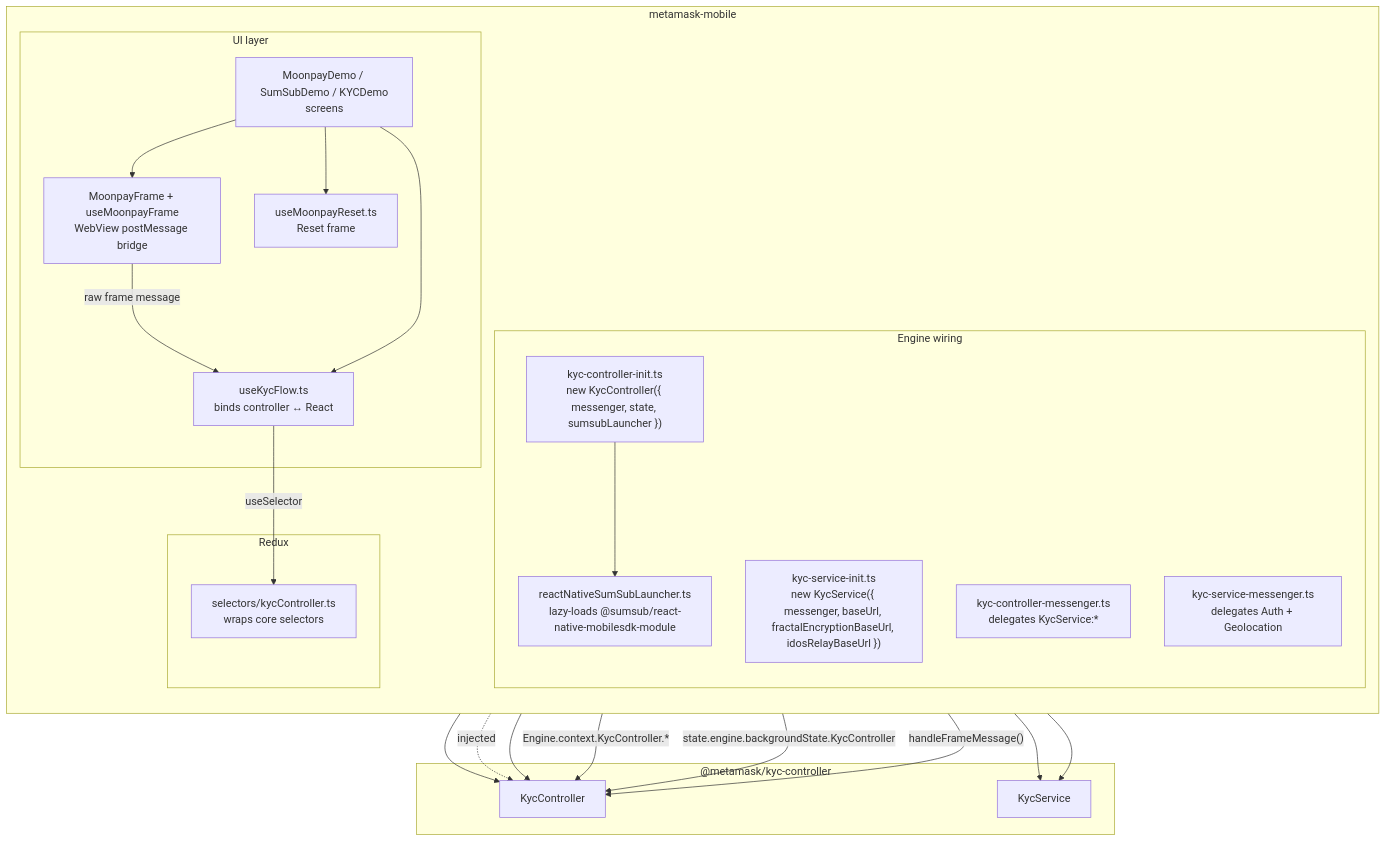
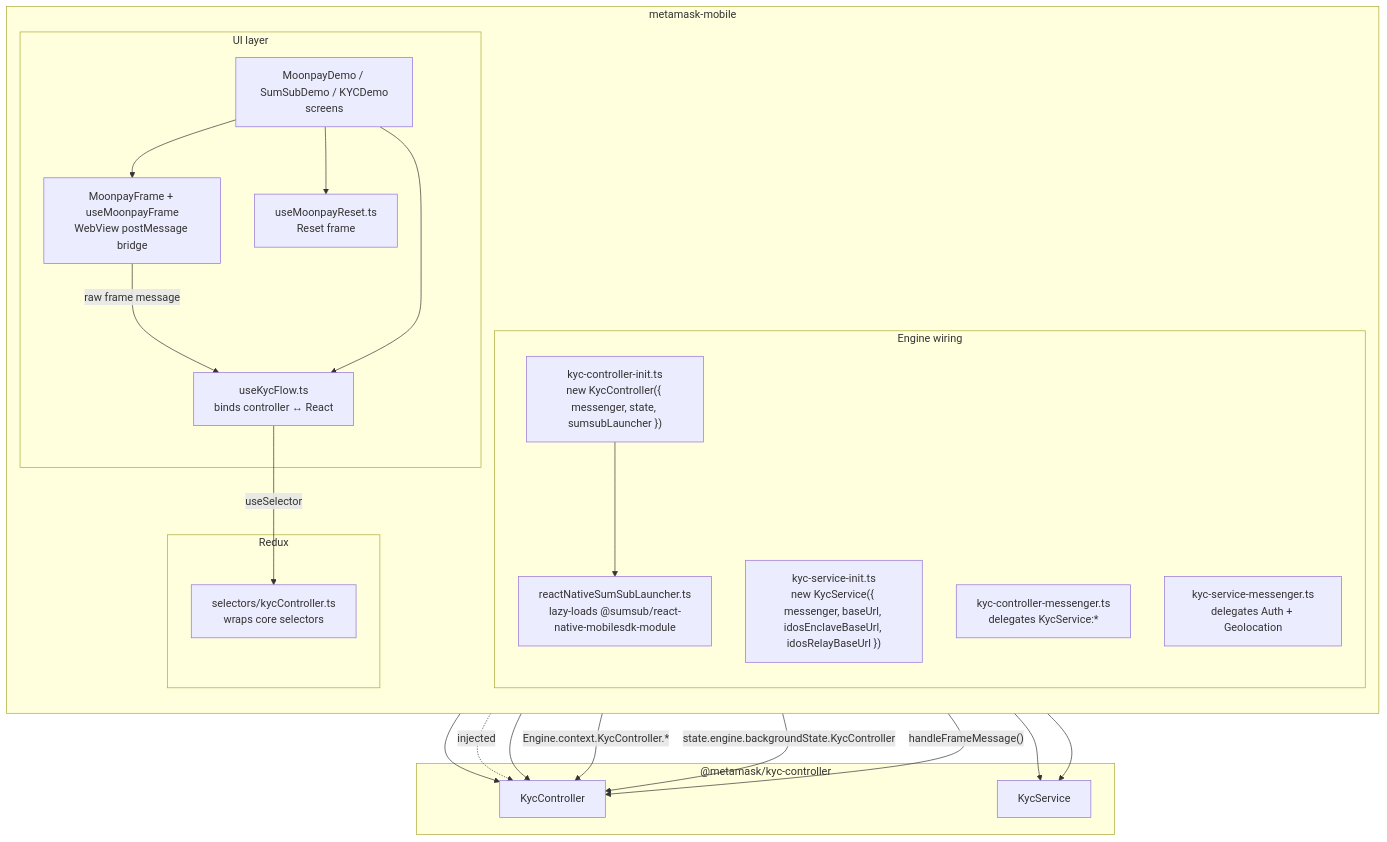
One commit to MetaMask/core changed the ninth of 10 diagrams in packages/kyc-controller/ARCHITECTURE.md. Above: the diagram before and after it, drawn with Mermaid. The commit also changed other lines of this file and 10 other files, not shown here.

First line of the commit message:
refactor(kyc-controller): rename Fractal encryption JWKS to idOS enclave

````diff
--- a/packages/kyc-controller/ARCHITECTURE.md
+++ b/packages/kyc-controller/ARCHITECTURE.md
@@ -554,43 +554,43 @@
 ```mermaid
 graph TB
     subgraph app["metamask-mobile"]
         direction TB
         subgraph engine["Engine wiring"]
             CInit["kyc-controller-init.ts<br/>new KycController({ messenger, state, sumsubLauncher })"]
-            SInit["kyc-service-init.ts<br/>new KycService({ messenger, baseUrl, fractalEncryptionBaseUrl, idosRelayBaseUrl })"]
+            SInit["kyc-service-init.ts<br/>new KycService({ messenger, baseUrl, idosEnclaveBaseUrl, idosRelayBaseUrl })"]
             CMsgr["kyc-controller-messenger.ts<br/>delegates KycService:*"]
             SMsgr["kyc-service-messenger.ts<br/>delegates Auth + Geolocation"]
             Launcher["reactNativeSumSubLauncher.ts<br/>lazy-loads @sumsub/react-native-mobilesdk-module"]
         end
         subgraph ui["UI layer"]
             Hook["useKycFlow.ts<br/>binds controller ↔ React"]
             Frame["MoonpayFrame + useMoonpayFrame<br/>WebView postMessage bridge"]
             Reset["useMoonpayReset.ts<br/>Reset frame"]
             Demo["MoonpayDemo / SumSubDemo / KYCDemo<br/>screens"]
         end
         subgraph redux["Redux"]
             Sel["selectors/kycController.ts<br/>wraps core selectors"]
         end
     end
 
     subgraph core["@metamask/kyc-controller"]
         KC["KycController"]
         KS["KycService"]
     end
 
     CInit --> KC
     SInit --> KS
     CInit --> Launcher
     Launcher -. injected .-> KC
     CMsgr --> KC
     SMsgr --> KS
 
     Hook -->|"Engine.context.KycController.*"| KC
     Hook -->|"useSelector"| Sel
     Sel -->|"state.engine.backgroundState.KycController"| KC
     Frame -->|"raw frame message"| Hook
     Hook -->|"handleFrameMessage()"| KC
     Demo --> Hook
     Demo --> Frame
     Demo --> Reset
 ```
````
